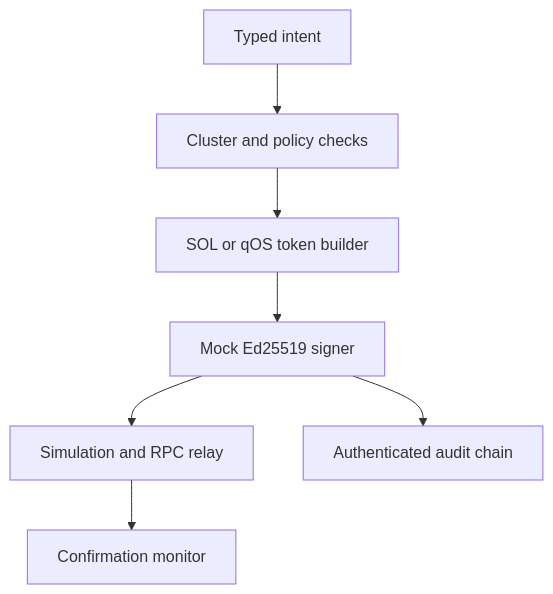
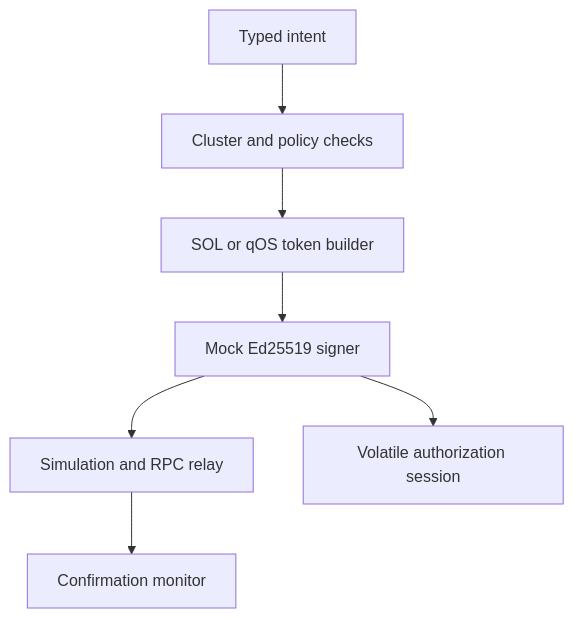
The second of 3 diagrams in docs/ARCHITECTURE.md (Quantized-OS/qOS), drawn with Mermaid before and after one commit. The commit also changed other lines of this file and 25 other files, not shown here.

````diff
--- a/docs/ARCHITECTURE.md
+++ b/docs/ARCHITECTURE.md
@@ -80,9 +80,9 @@
 ```mermaid
 flowchart TD
     A[Typed intent] --> B[Cluster and policy checks]
     B --> C[SOL or qOS token builder]
     C --> D[Mock Ed25519 signer]
     D --> E[Simulation and RPC relay]
     E --> F[Confirmation monitor]
-    D --> G[Authenticated audit chain]
+    D --> G[Volatile authorization session]
 ```
````
